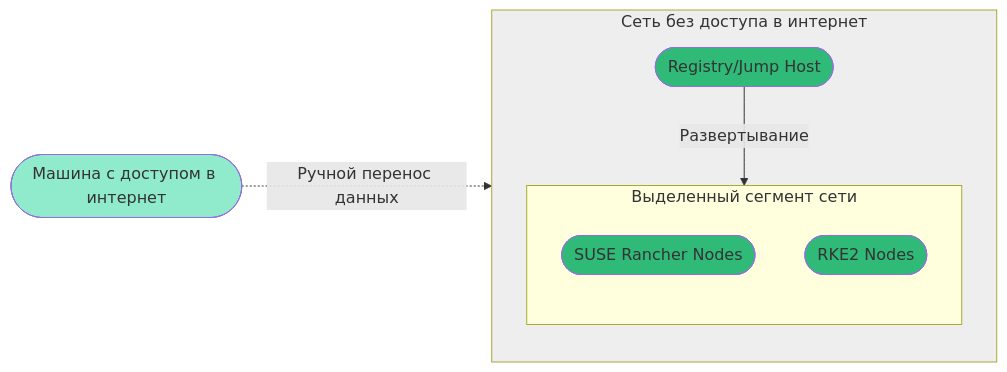
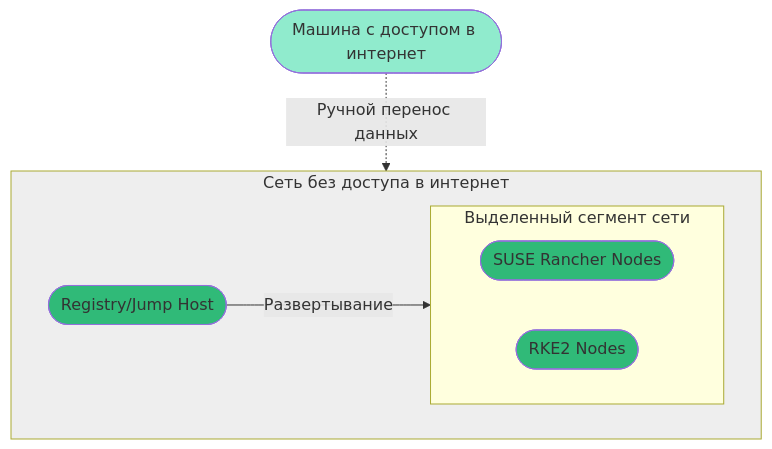
One commit to ppzhukov/airgap-10.2022 changed the diagram in README.md. Above: the diagram before and after it, drawn with Mermaid.

````diff
--- a/README.md
+++ b/README.md
@@ -5,21 +5,21 @@
 ```mermaid
-flowchart LR
+flowchart TB
 style id1 fill:#90EBCD
 style id2 fill:#30BA78
 style id3 fill:#30BA78
 style id4 fill:#30BA78
 style d10 fill:#EEEEEE
 
   id1([Машина с доступом в интернет])
   id1 -.Ручной перенос данных.-> id2  
   subgraph d10 ["Сеть без доступа в интернет"]
-    direction TB
+    direction LR
     id2(["Registry/Jump Host"])
     id2 --> |Развертывание| d30
     subgraph d30 ["Выделенный сегмент сети"]
-      direction TB
+      direction LR
       id3([SUSE Rancher Nodes])
       id4([RKE2 Nodes])
     end
   end
 ```
````
